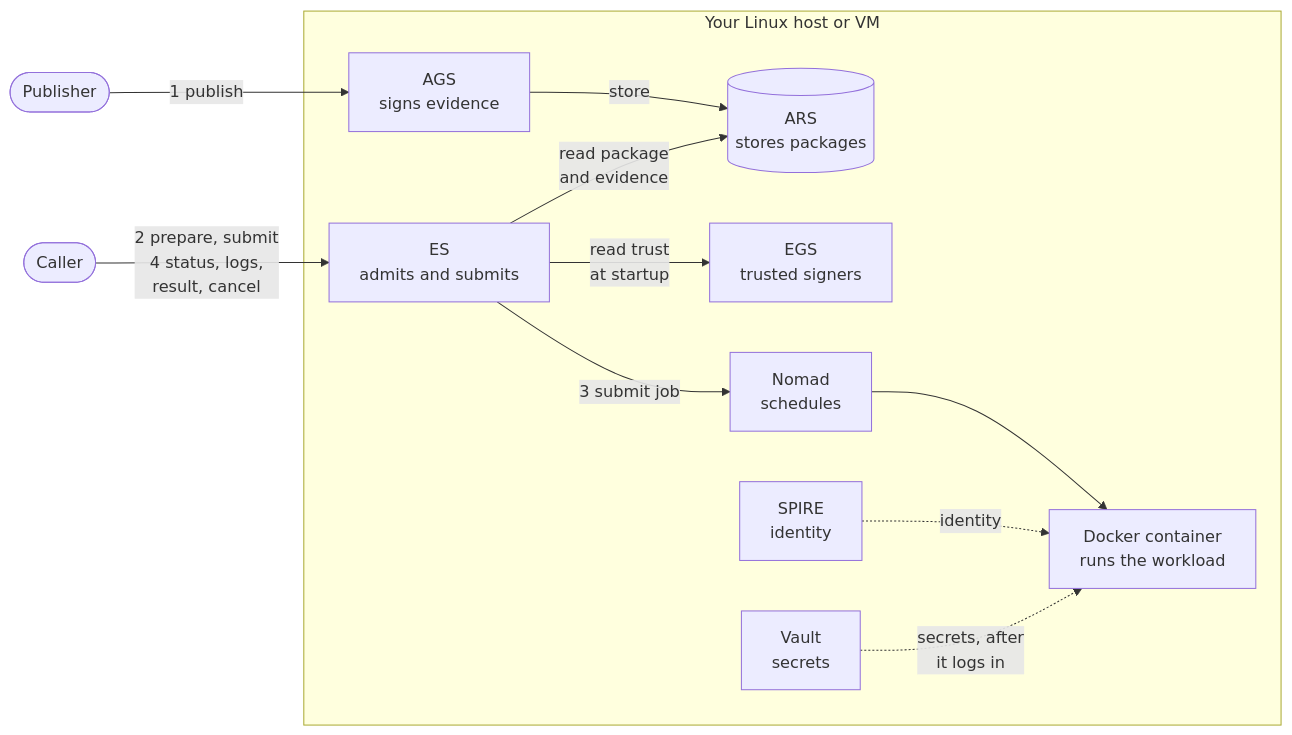
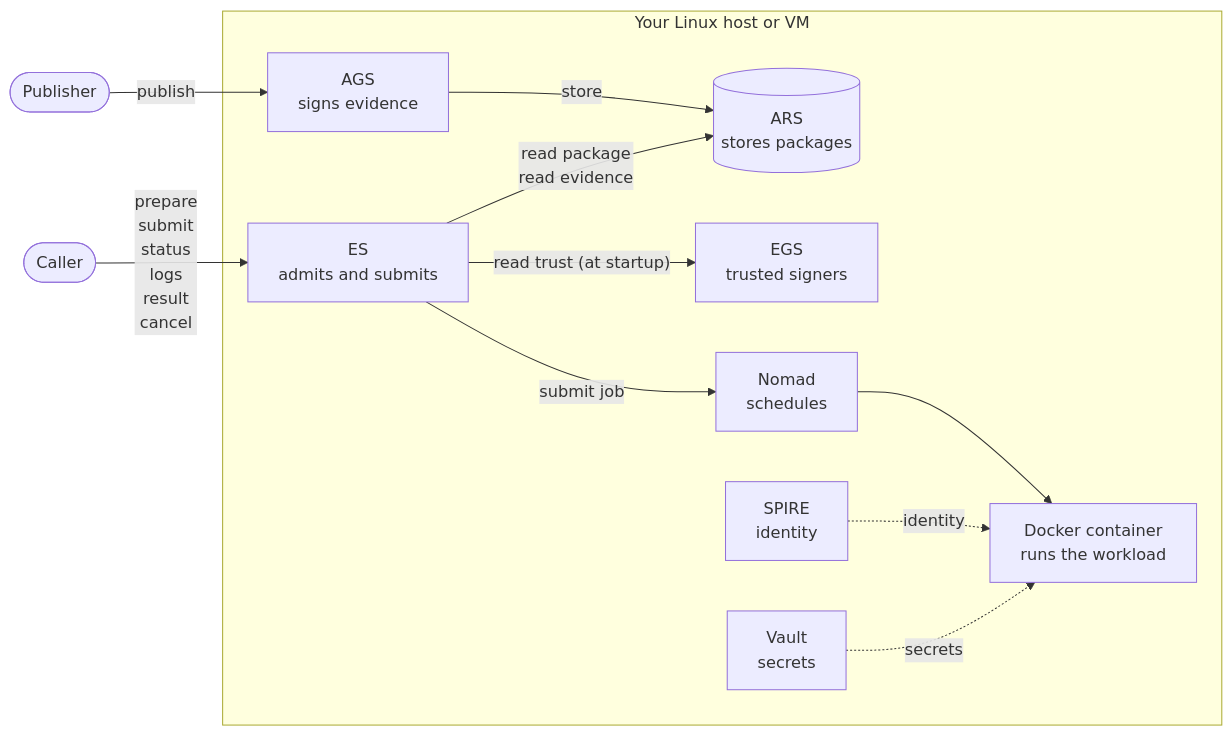
Before and after one commit to evo-agi/Execution-Substrate: the diagram in README.md, drawn with Mermaid.

````diff
--- a/README.md
+++ b/README.md
@@ -14,26 +14,26 @@
 ```mermaid
 flowchart LR
     Publisher(["Publisher"])
     Caller(["Caller"])
 
     subgraph Host["Your Linux host or VM"]
         AGS["AGS<br/>signs evidence"]
         ES["ES<br/>admits and submits"]
         ARS[("ARS<br/>stores packages")]
         EGS["EGS<br/>trusted signers"]
         Nomad["Nomad<br/>schedules"]
         SPIRE["SPIRE<br/>identity"]
         Vault["Vault<br/>secrets"]
         Task["Docker container<br/>runs the workload"]
     end
 
-    Publisher -->|"1 publish"| AGS
+    Publisher -->|"publish"| AGS
     AGS -->|"store"| ARS
-    Caller -->|"2 prepare, submit<br/>4 status, logs,<br/>result, cancel"| ES
-    ES -->|"read package<br/>and evidence"| ARS
-    ES -->|"read trust<br/>at startup"| EGS
-    ES -->|"3 submit job"| Nomad
+    Caller -->|"prepare<br/>submit<br/>status<br/>logs<br/>result<br/>cancel"| ES
+    ES -->|"read package<br/>read evidence"| ARS
+    ES -->|"read trust (at startup)"| EGS
+    ES -->|"submit job"| Nomad
     Nomad --> Task
     SPIRE -.->|"identity"| Task
-    Vault -.->|"secrets, after<br/>it logs in"| Task
+    Vault -.->|"secrets"| Task
 ```
````
